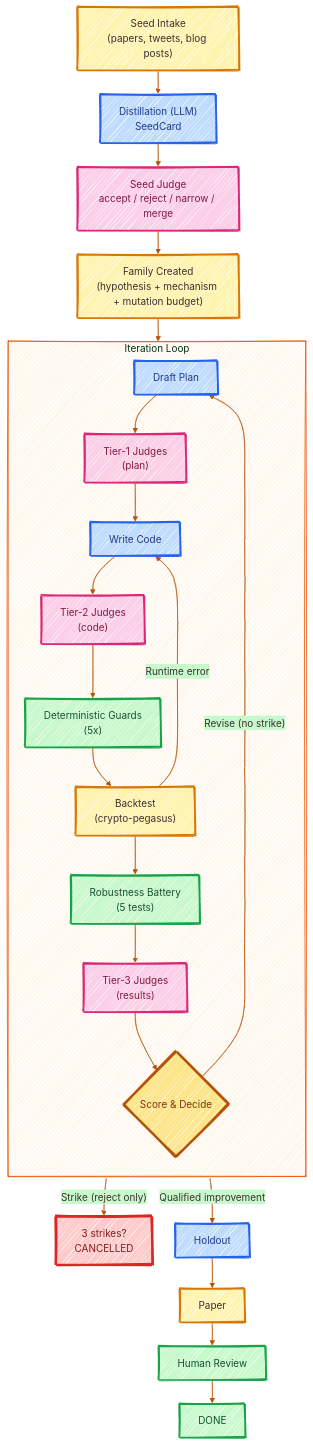
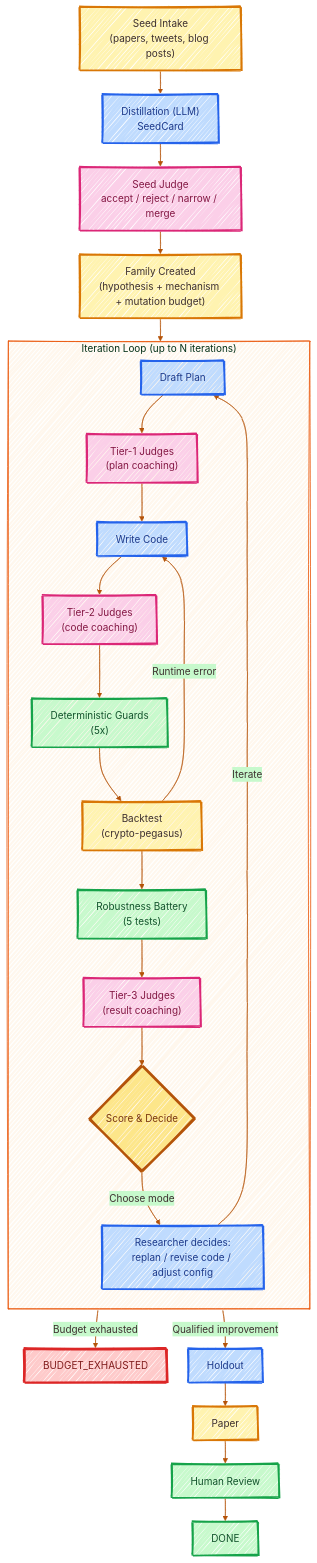
One commit to hb4ch/alpha-forge changed the first of 4 diagrams in README.md. Above: the diagram before and after it, drawn with Mermaid. The commit also changed other lines of this file and 44 other files, not shown here.

````diff
--- a/README.md
+++ b/README.md
@@ -37,51 +37,52 @@
 ```mermaid
 %%{init: {
   "theme": "base",
   "look": "handDrawn",
   "flowchart": { "curve": "basis", "nodeSpacing": 32, "rankSpacing": 36 },
   "themeVariables": {
     "primaryColor": "#FFF3B0",
     "primaryTextColor": "#3D2F2F",
     "primaryBorderColor": "#D97706",
     "lineColor": "#B45309",
     "secondaryColor": "#C7F9CC",
     "tertiaryColor": "#FBCFE8",
     "clusterBkg": "#FFF7ED",
     "clusterBorder": "#EA580C",
     "fontFamily": "Trebuchet MS, Comic Sans MS, Marker Felt, sans-serif",
     "fontSize": "16px"
   }
 }}%%
 flowchart TD
     A["Seed Intake<br/>(papers, tweets, blog posts)"]:::warm --> B["Distillation (LLM)<br/>SeedCard"]:::sky
     B --> C["Seed Judge<br/>accept / reject / narrow / merge"]:::pink
     C --> D["Family Created<br/>(hypothesis + mechanism + mutation budget)"]:::warm
 
-    subgraph LOOP["Iteration Loop"]
+    subgraph LOOP["Iteration Loop (up to N iterations)"]
         direction TD
-        E["Draft Plan"]:::sky --> F["Tier-1 Judges<br/>(plan)"]:::pink
+        E["Draft Plan"]:::sky --> F["Tier-1 Judges<br/>(plan coaching)"]:::pink
         F --> G["Write Code"]:::sky
-        G --> H["Tier-2 Judges<br/>(code)"]:::pink
+        G --> H["Tier-2 Judges<br/>(code coaching)"]:::pink
         H --> I["Deterministic Guards<br/>(5x)"]:::mint
         I --> J["Backtest<br/>(crypto-pegasus)"]:::warm
         J --> K["Robustness Battery<br/>(5 tests)"]:::mint
-        K --> L["Tier-3 Judges<br/>(results)"]:::pink
+        K --> L["Tier-3 Judges<br/>(result coaching)"]:::pink
         L --> M{"Score & Decide"}:::decision
+        M -->|"Choose mode"| N["Researcher decides:<br/>replan / revise code / adjust config"]:::sky
     end
 
     D --> E
-    M -->|"Strike (reject only)"| N["3 strikes?<br/>CANCELLED"]:::danger
+    N -->|"Iterate"| E
+    M -->|"Budget exhausted"| X["BUDGET_EXHAUSTED"]:::danger
     M -->|"Qualified improvement"| O["Holdout"]:::sky
-    M -->|"Revise (no strike)"| E
     J -->|"Runtime error"| G
     O --> P["Paper"]:::warm
     P --> Q["Human Review"]:::mint
     Q --> R["DONE"]:::mint
 
     classDef warm fill:#FFF3B0,stroke:#D97706,color:#3D2F2F,stroke-width:3px;
     classDef sky fill:#BFDBFE,stroke:#2563EB,color:#1E3A8A,stroke-width:3px;
     classDef pink fill:#FBCFE8,stroke:#DB2777,color:#831843,stroke-width:3px;
     classDef mint fill:#C7F9CC,stroke:#16A34A,color:#14532D,stroke-width:3px;
     classDef decision fill:#FDE68A,stroke:#B45309,color:#78350F,stroke-width:4px;
     classDef danger fill:#FECACA,stroke:#DC2626,color:#7F1D1D,stroke-width:4px;
 ```
````
